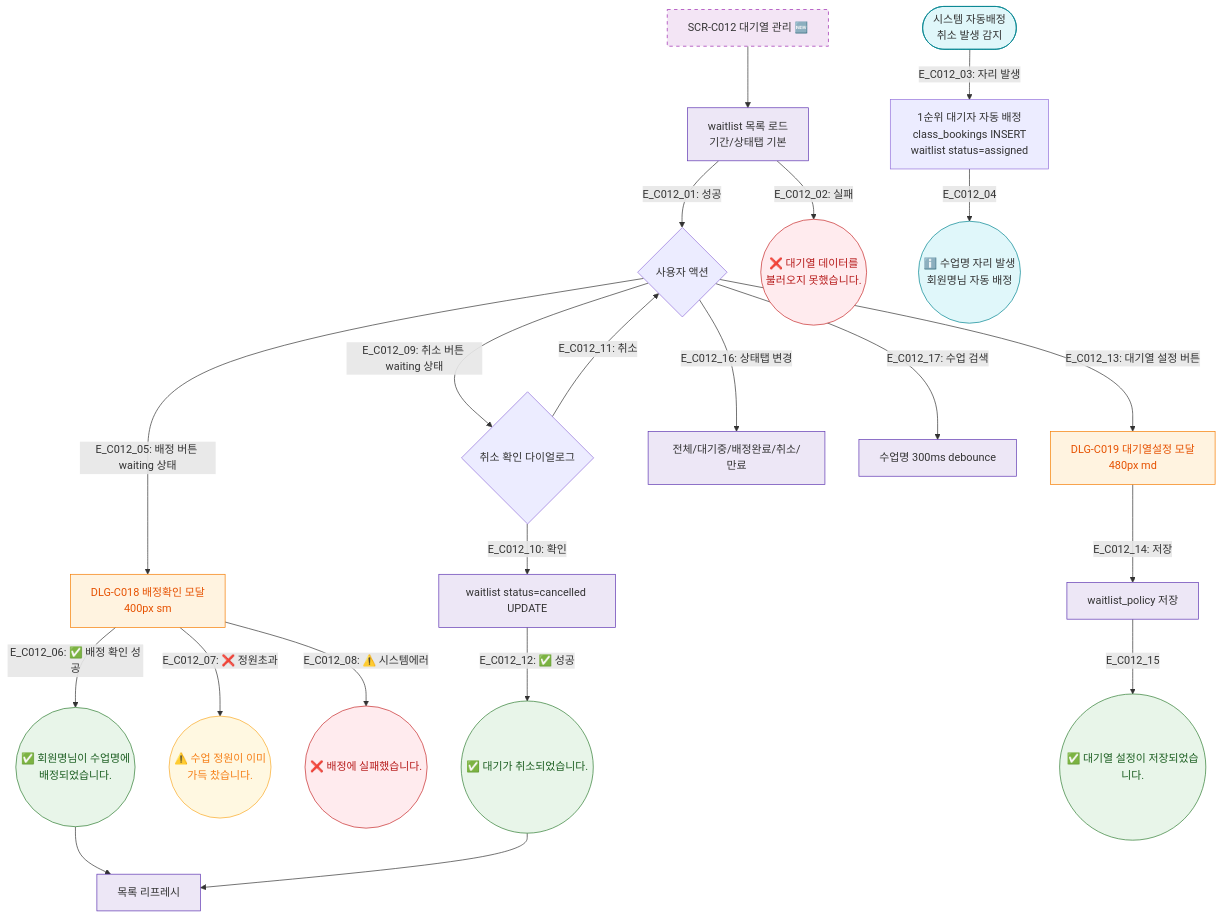
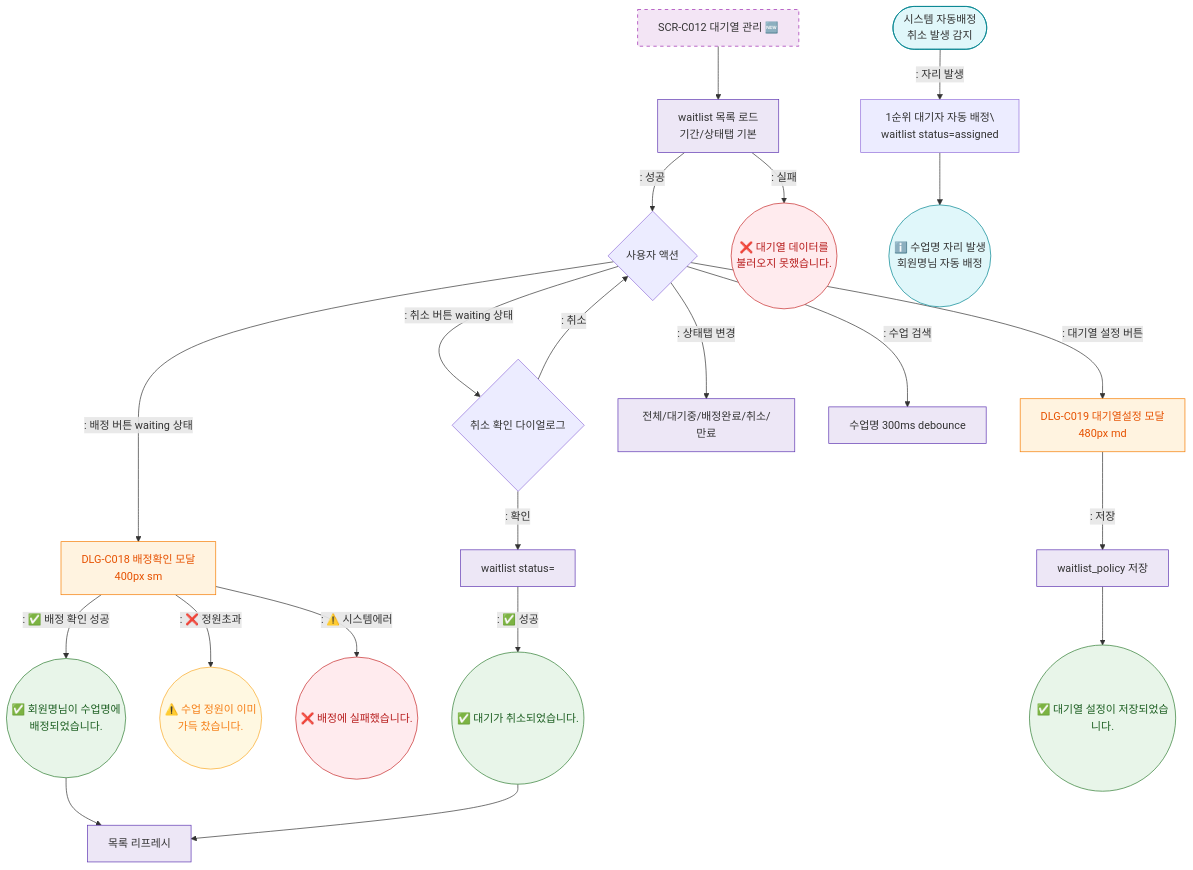
One commit to dev-spogym/admin-pando changed the diagram in docs/다이어그램/D04_수업관리/SCR-C012_대기열관리/F2_메인.md. Above: the diagram before and after it, drawn with Mermaid. The commit also changed other lines of this file and 1660 other files, not shown here.

First line of the commit message:
다이어그램: 기획자/클라이언트 납품본으로 정리

````diff
--- a/docs/다이어그램/D04_수업관리/SCR-C012_대기열관리/F2_메인.md
+++ b/docs/다이어그램/D04_수업관리/SCR-C012_대기열관리/F2_메인.md
@@ -20,44 +18,44 @@
 ```mermaid
 flowchart TD
   SCR_C012[SCR-C012 대기열 관리 🆕] --> LoadData[waitlist 목록 로드\n기간/상태탭 기본]
-  LoadData -->|"E_C012_01: 성공"| Ready{사용자 액션}
-  LoadData -->|"E_C012_02: 실패"| ErrLoad((❌ 대기열 데이터를\n불러오지 못했습니다.))
+  LoadData -->|": 성공"|Ready{사용자 액션}
+  LoadData -->|": 실패"|ErrLoad((❌ 대기열 데이터를\n불러오지 못했습니다.))
 
-  SYS_AUTO([시스템 자동배정\n취소 발생 감지]) -->|"E_C012_03: 자리 발생"| AutoAssign[1순위 대기자 자동 배정\nclass_bookings INSERT\nwaitlist status=assigned]
-  AutoAssign -->|E_C012_04| AutoNotif((ℹ️ 수업명 자리 발생\n회원명님 자동 배정))
+  SYS_AUTO([시스템 자동배정\n취소 발생 감지]) -->|": 자리 발생"|AutoAssign[1순위 대기자 자동 배정\\nwaitlist status=assigned]
+  AutoAssign --> AutoNotif((ℹ️ 수업명 자리 발생\n회원명님 자동 배정))
 
-  Ready -->|"E_C012_05: 배정 버튼 waiting 상태"| AssignConfirm[DLG-C018 배정확인 모달\n400px sm]
-  AssignConfirm -->|"E_C012_06: ✅ 배정 확인 성공"| Toast_Assign((✅ 회원명님이 수업명에\n배정되었습니다.))
-  AssignConfirm -->|"E_C012_07: ❌ 정원초과"| Toast_Full((⚠️ 수업 정원이 이미\n가득 찼습니다.))
-  AssignConfirm -->|"E_C012_08: ⚠️ 시스템에러"| Toast_AErr((❌ 배정에 실패했습니다.))
+  Ready -->|": 배정 버튼 waiting 상태"|AssignConfirm[DLG-C018 배정확인 모달\n400px sm]
+  AssignConfirm -->|": ✅ 배정 확인 성공"|Toast_Assign((✅ 회원명님이 수업명에\n배정되었습니다.))
+  AssignConfirm -->|": ❌ 정원초과"|Toast_Full((⚠️ 수업 정원이 이미\n가득 찼습니다.))
+  AssignConfirm -->|": ⚠️ 시스템에러"|Toast_AErr((❌ 배정에 실패했습니다.))
   Toast_Assign --> Refresh[목록 리프레시]
 
-  Ready -->|"E_C012_09: 취소 버튼 waiting 상태"| CancelConfirm{취소 확인 다이얼로그}
-  CancelConfirm -->|"E_C012_10: 확인"| CancelAPI[waitlist status=cancelled UPDATE]
-  CancelConfirm -->|"E_C012_11: 취소"| Ready
-  CancelAPI -->|"E_C012_12: ✅ 성공"| Toast_Cancel((✅ 대기가 취소되었습니다.))
+  Ready -->|": 취소 버튼 waiting 상태"|CancelConfirm{취소 확인 다이얼로그}
+  CancelConfirm -->|": 확인"|CancelAPI[waitlist status=]
+  CancelConfirm -->|": 취소"|Ready
+  CancelAPI -->|": ✅ 성공"|Toast_Cancel((✅ 대기가 취소되었습니다.))
   Toast_Cancel --> Refresh
 
-  Ready -->|"E_C012_13: 대기열 설정 버튼"| DLG_Setting[DLG-C019 대기열설정 모달\n480px md]
-  DLG_Setting -->|"E_C012_14: 저장"| PolicySave[waitlist_policy 저장]
-  PolicySave -->|E_C012_15| Toast_Policy((✅ 대기열 설정이 저장되었습니다.))
+  Ready -->|": 대기열 설정 버튼"|DLG_Setting[DLG-C019 대기열설정 모달\n480px md]
+  DLG_Setting -->|": 저장"|PolicySave[waitlist_policy 저장]
+  PolicySave --> Toast_Policy((✅ 대기열 설정이 저장되었습니다.))
 
-  Ready -->|"E_C012_16: 상태탭 변경"| TabFilter[전체/대기중/배정완료/취소/만료]
-  Ready -->|"E_C012_17: 수업 검색"| SearchFilter[수업명 300ms debounce]
+  Ready -->|": 상태탭 변경"|TabFilter[전체/대기중/배정완료/취소/만료]
+  Ready -->|": 수업 검색"|SearchFilter[수업명 300ms debounce]
 
   classDef screen fill:#E3F2FD,stroke:#1976D2,color:#0D47A1
   classDef modal fill:#FFF3E0,stroke:#F57C00,color:#E65100
   classDef newFeature fill:#F3E5F5,stroke:#9C27B0,stroke-dasharray:5 5
   classDef system fill:#EDE7F6,stroke:#5E35B2
   classDef success fill:#E8F5E9,stroke:#2E7D32,color:#1B5E20
   classDef error fill:#FFEBEE,stroke:#C62828,color:#B71C1C
   classDef warning fill:#FFF8E1,stroke:#F9A825,color:#F57F17
   classDef info fill:#E0F7FA,stroke:#00838F
   class SCR_C012 newFeature
   class AssignConfirm,DLG_Setting modal
   class LoadData,CancelAPI,Refresh,PolicySave,TabFilter,SearchFilter system
   class Toast_Assign,Toast_Cancel,Toast_Policy success
   class ErrLoad,Toast_AErr error
   class Toast_Full warning
   class AutoNotif,SYS_AUTO info
 ```
````
